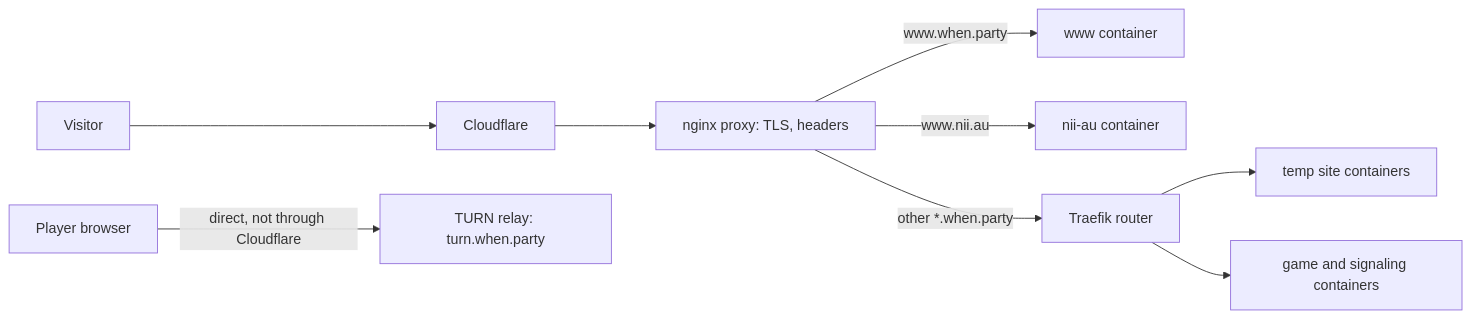
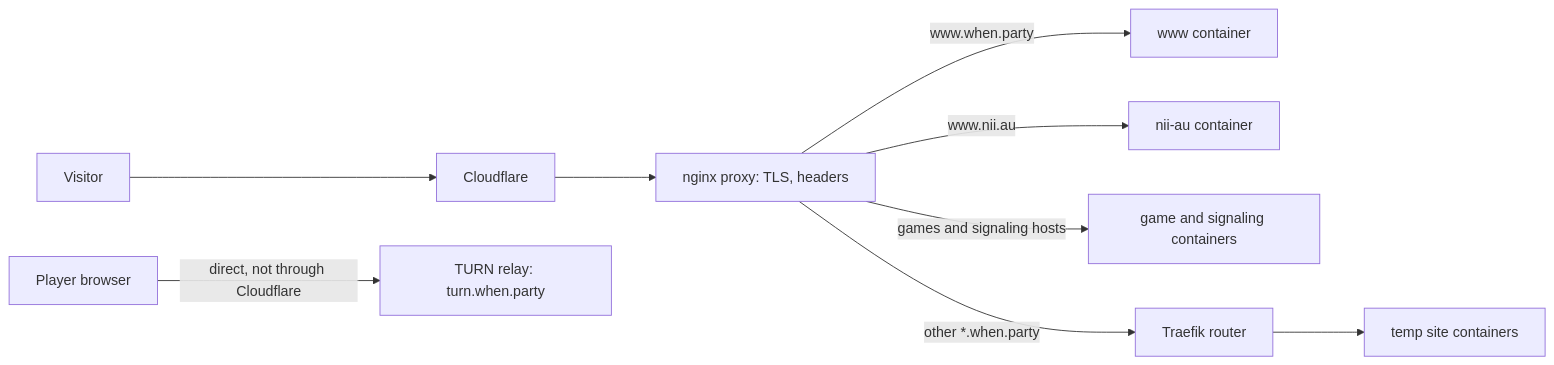
Before and after one commit to whenparty/whenparty: the diagram in README.md, drawn with Mermaid. The commit also changed other lines of this file and 42 other files, not shown here.

First line of the commit message:
games: route the games with nginx, without Traefik

````diff
--- a/README.md
+++ b/README.md
@@ -9,11 +9,11 @@
 ```mermaid
 flowchart LR
   visitor[Visitor] --> cloudflare[Cloudflare]
   cloudflare --> nginx["nginx proxy: TLS, headers"]
   nginx -->|www.when.party| www[www container]
   nginx -->|www.nii.au| niiau[nii-au container]
+  nginx -->|"games and signaling hosts"| games["game and signaling containers"]
   nginx -->|"other *.when.party"| traefik[Traefik router]
   traefik --> temp[temp site containers]
-  traefik --> games["game and signaling containers"]
   player[Player browser] -->|"direct, not through Cloudflare"| turn["TURN relay: turn.when.party"]
 ```
````
